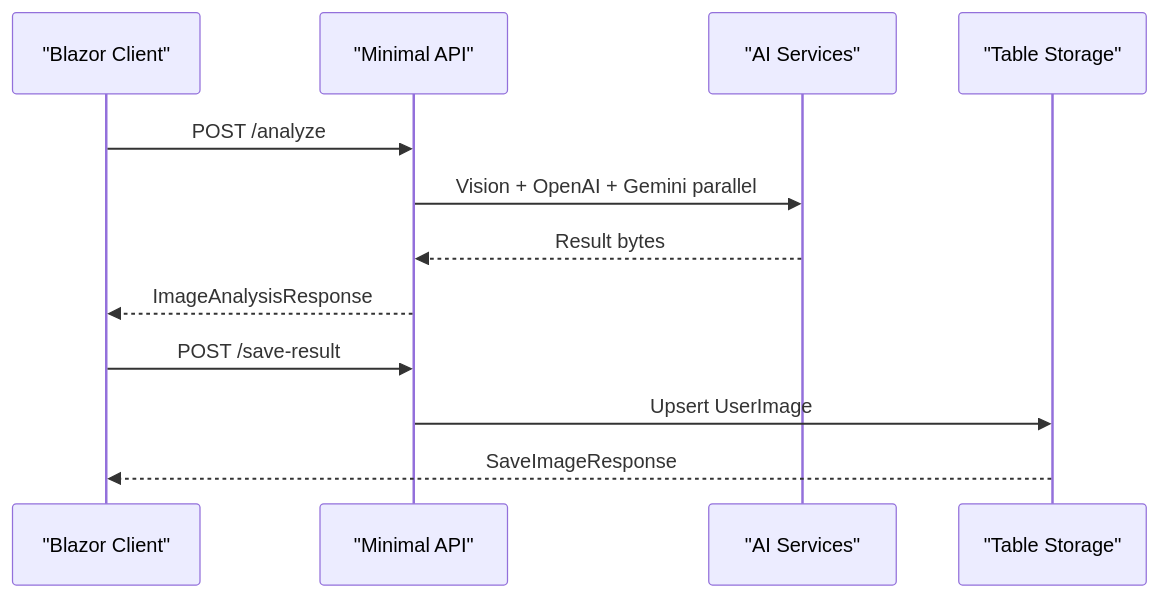
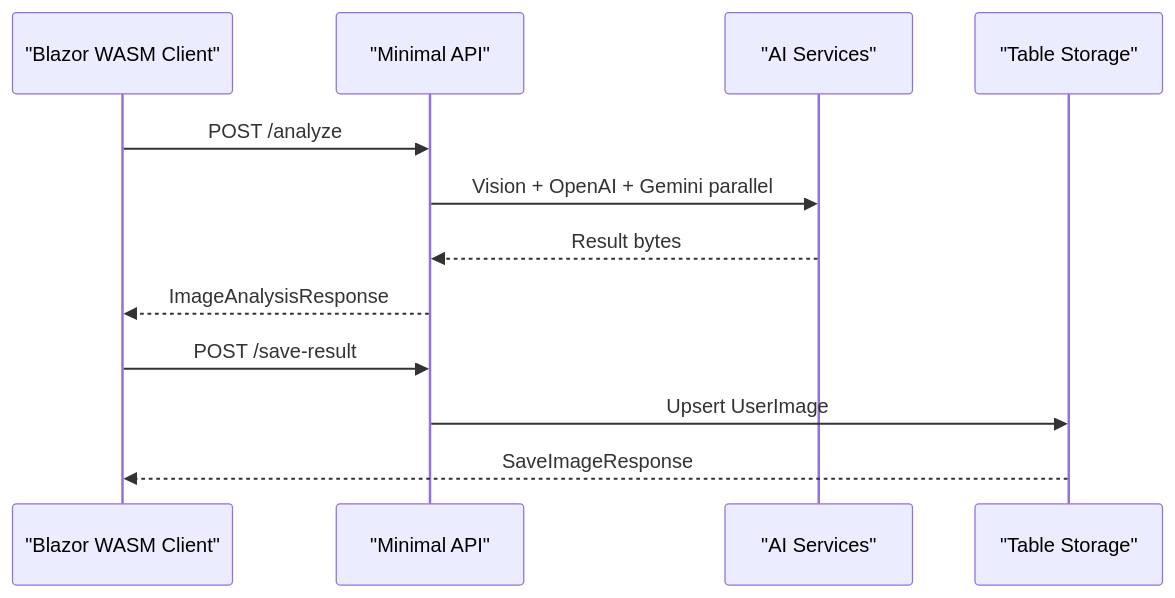
Before and after one commit to punkouter26/PoRedoImage: the diagram in docs/SystemInteractionFlow_SIMPLE.mmd, drawn with Mermaid. The commit also changed 38 other files, not shown here.

```diff
--- a/docs/SystemInteractionFlow_SIMPLE.mmd
+++ b/docs/SystemInteractionFlow_SIMPLE.mmd
@@ -1,13 +1,13 @@
 sequenceDiagram
-    participant Client as "Blazor Client"
+    participant Client as "Blazor WASM Client"
     participant API as "Minimal API"
     participant AI as "AI Services"
     participant DB as "Table Storage"
 
     Client->>API: POST /analyze
     API->>AI: Vision + OpenAI + Gemini parallel
     AI-->>API: Result bytes
     API-->>Client: ImageAnalysisResponse
     Client->>API: POST /save-result
     API->>DB: Upsert UserImage
     DB-->>Client: SaveImageResponse
```
